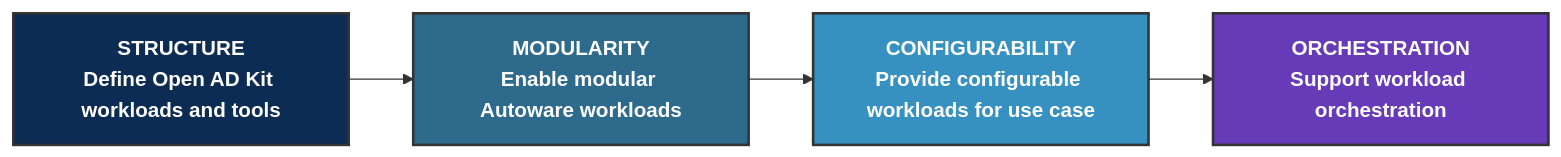
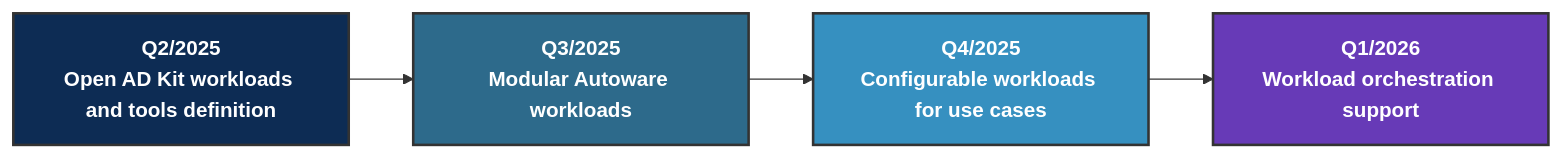
One commit to oguzkaganozt/openadkit changed the diagram in README.md. Above: the diagram before and after it, drawn with Mermaid.

Commit message:
Update roadmap with new timelines for milestones

````diff
--- a/README.md
+++ b/README.md
@@ -67,19 +67,19 @@
 ```mermaid
 graph LR
-    A[STRUCTURE<br/>Define Open AD Kit workloads and tools]
-    B[MODULARITY<br/>Enable modular Autoware workloads]
-    C[CONFIGURABILITY<br/>Provide configurable workloads for use case]
-    D[ORCHESTRATION<br/>Support workload orchestration]
+    A[Q2/2025<br/>Open AD Kit workloads and tools definition]
+    B[Q3/2025<br/>Modular Autoware workloads]
+    C[Q4/2025<br/>Configurable workloads for use cases]
+    D[Q1/2026<br/>Workload orchestration support]
 
     A --> B --> C --> D;
 
     classDef p1 fill:#0d2c54,stroke:#333,stroke-width:2px,color:#fff,font-weight:bold;
     classDef p2 fill:#2d6a8b,stroke:#333,stroke-width:2px,color:#fff,font-weight:bold;
     classDef p3 fill:#3690c0,stroke:#333,stroke-width:2px,color:#fff,font-weight:bold;
     classDef p4 fill:#673ab7,stroke:#333,stroke-width:2px,color:#fff,font-weight:bold;
 
     class A p1;
     class B p2;
     class C p3;
     class D p4;
 ```
````
